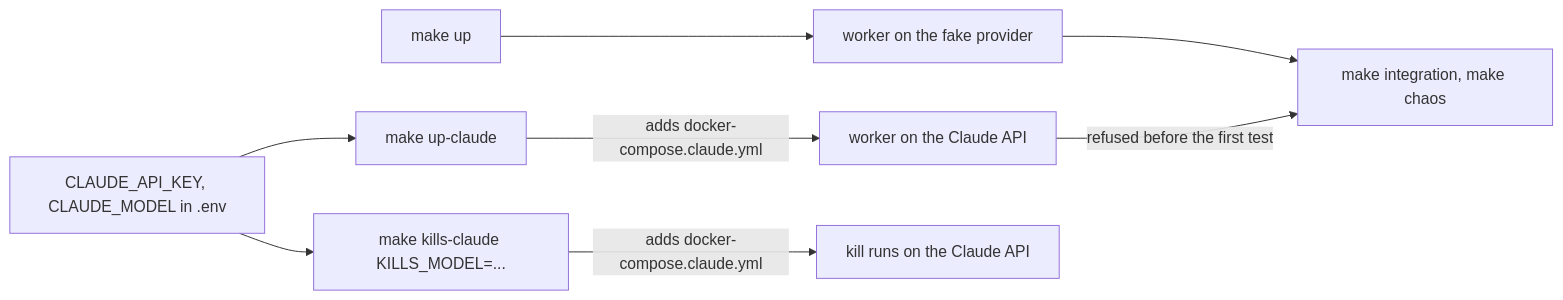
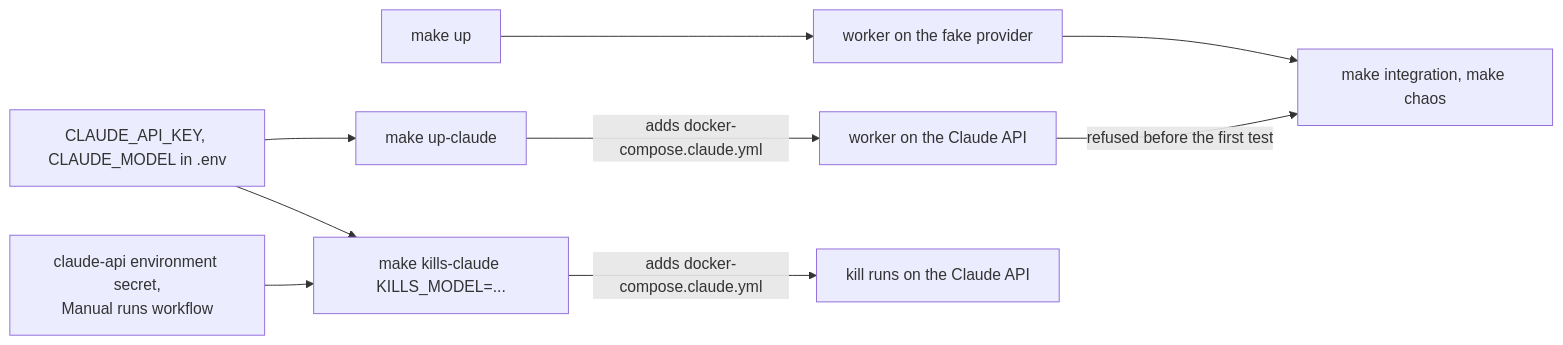
One commit to sindredg/agent-runtime changed the second of 2 diagrams in docs/settings.md. Above: the diagram before and after it, drawn with Mermaid. The commit also changed other lines of this file and 10 other files, not shown here.

First line of the commit message:
ci: start recorded kill and contract runs from a manual workflow

````diff
--- a/docs/settings.md
+++ b/docs/settings.md
@@ -30,10 +30,11 @@
 ```mermaid
 flowchart LR
     U[make up] --> F[worker on the fake provider]
     C[make up-claude] -->|adds docker-compose.claude.yml| A[worker on the Claude API]
     K[CLAUDE_API_KEY, CLAUDE_MODEL in .env] --> C
     F --> T[make integration, make chaos]
     A -->|refused before the first test| T
     KC[make kills-claude KILLS_MODEL=...] -->|adds docker-compose.claude.yml| KA[kill runs on the Claude API]
     K --> KC
+    G[claude-api environment secret,<br/>Manual runs workflow] --> KC
 ```
````
